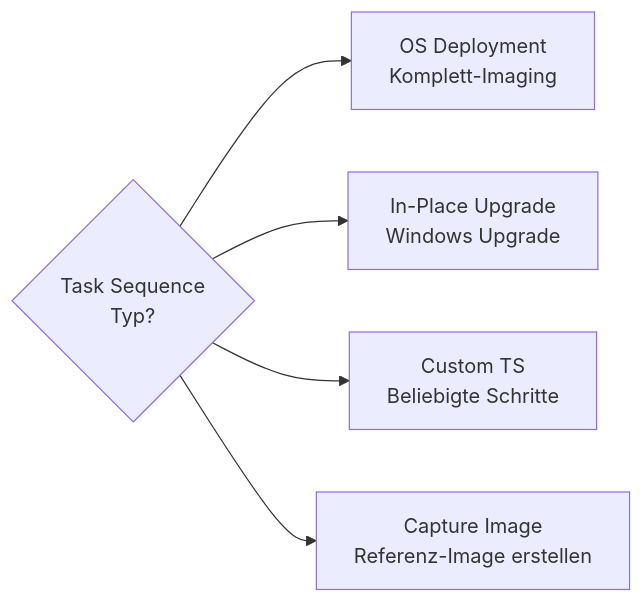
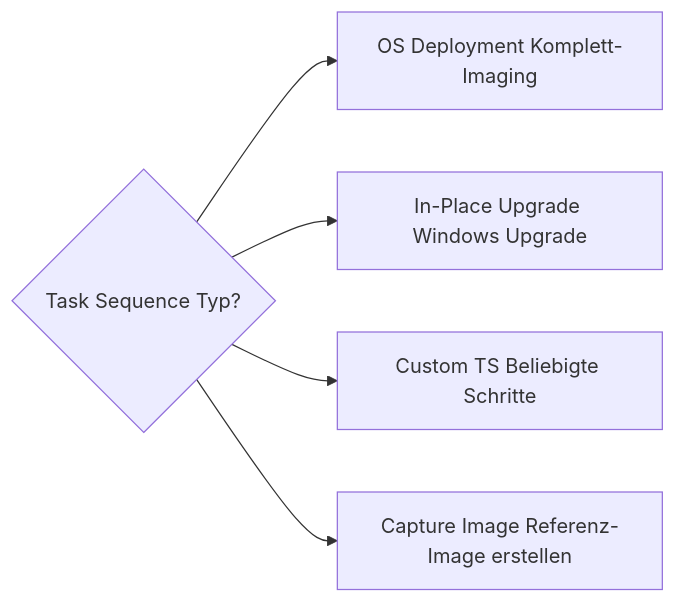
The third of 5 diagrams in Microsoft 365/System Center/MECM Software Deployment.md (SoniiiT/notes-n-docs), drawn with Mermaid before and after one commit. The commit also changed other lines of this file and 124 other files, not shown here.

First line of the commit message:
fix: Entferne \n aus allen Mermaid-Diagrammen (125 Dateien)

````diff
--- a/Microsoft 365/System Center/MECM Software Deployment.md
+++ b/Microsoft 365/System Center/MECM Software Deployment.md
@@ -137,7 +137,7 @@
 ```mermaid
 flowchart LR
-    TS{Task Sequence\nTyp?} --> OSD[OS Deployment\nKomplett-Imaging]
-    TS --> IPU[In-Place Upgrade\nWindows Upgrade]
-    TS --> CUSTOM[Custom TS\nBeliebigte Schritte]
-    TS --> CAPTURE[Capture Image\nReferenz-Image erstellen]
+    TS{Task Sequence Typ?} --> OSD[OS Deployment Komplett-Imaging]
+    TS --> IPU[In-Place Upgrade Windows Upgrade]
+    TS --> CUSTOM[Custom TS Beliebigte Schritte]
+    TS --> CAPTURE[Capture Image Referenz-Image erstellen]
 ```
````
